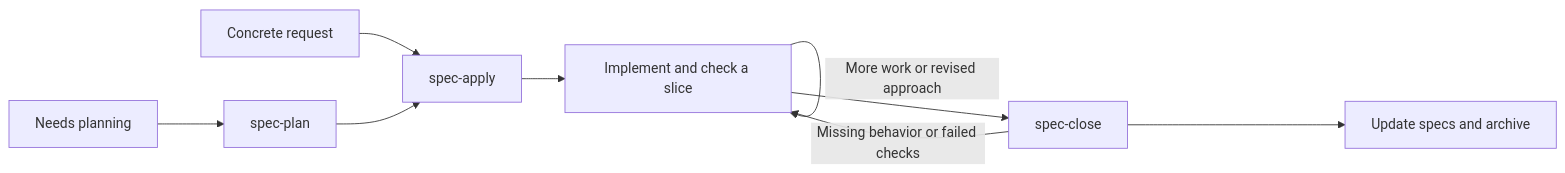
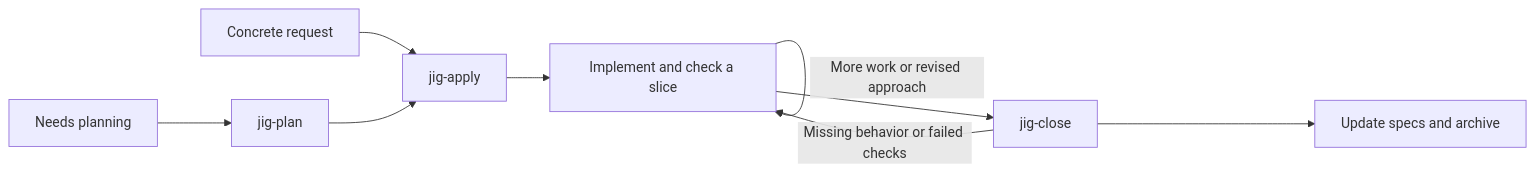
The diagram in README.md (JNSFilipe/jig), drawn with Mermaid before and after one commit. The commit also changed other lines of this file and 44 other files, not shown here.

````diff
--- a/README.md
+++ b/README.md
@@ -40,11 +52,11 @@
 ```mermaid
 flowchart LR
-    Request[Concrete request] --> Apply[spec-apply]
-    Idea[Needs planning] --> Plan[spec-plan]
+    Request[Concrete request] --> Apply[jig-apply]
+    Idea[Needs planning] --> Plan[jig-plan]
     Plan --> Apply
     Apply --> Slice[Implement and check a slice]
     Slice -->|More work or revised approach| Slice
-    Slice --> Close[spec-close]
+    Slice --> Close[jig-close]
     Close -->|Missing behavior or failed checks| Slice
     Close --> Done[Update specs and archive]
 ```
````
